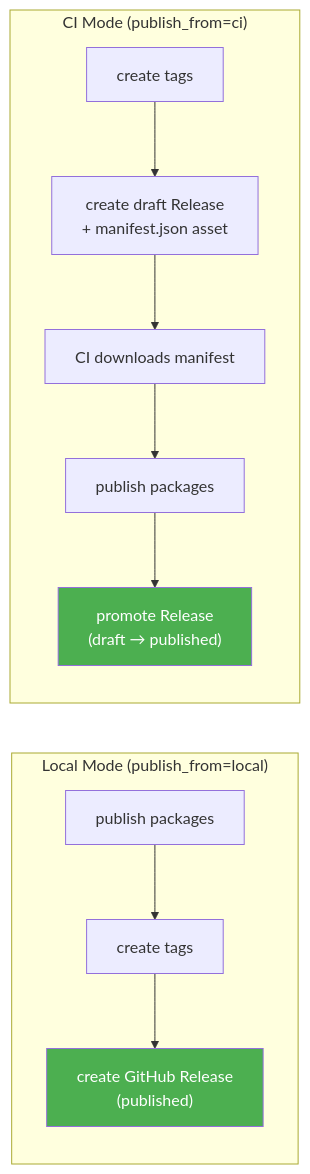
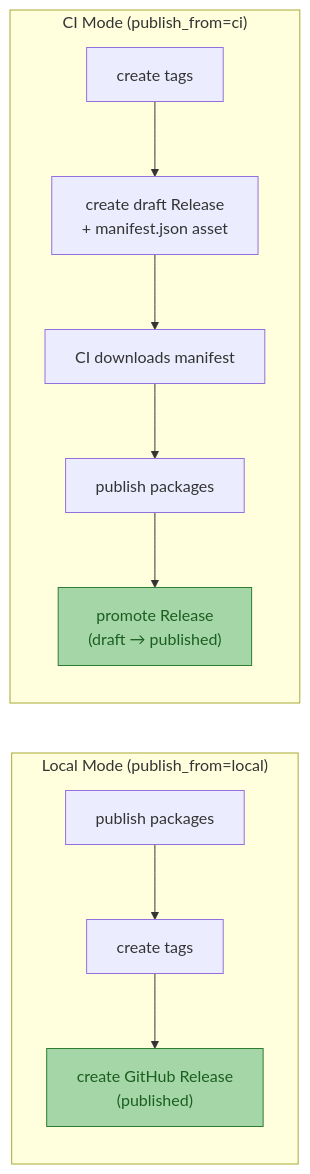
Before and after one commit to genkit-ai/genkit-python: the second of 4 diagrams in tools/releasekit/docs/docs/internals/tags.md, drawn with Mermaid. The commit also changed other lines of this file and 208 other files, not shown here.

````diff
--- a/tools/releasekit/docs/docs/internals/tags.md
+++ b/tools/releasekit/docs/docs/internals/tags.md
@@ -52,21 +52,21 @@
 ```mermaid
 graph LR
     subgraph "Local Mode (publish_from=local)"
         L1["publish packages"]
         L2["create tags"]
         L3["create GitHub Release<br/>(published)"]
         L1 --> L2 --> L3
     end
 
     subgraph "CI Mode (publish_from=ci)"
         C1["create tags"]
         C2["create draft Release<br/>+ manifest.json asset"]
         C3["CI downloads manifest"]
         C4["publish packages"]
         C5["promote Release<br/>(draft → published)"]
         C1 --> C2 --> C3 --> C4 --> C5
     end
 
-    style L3 fill:#4caf50,color:#fff
-    style C5 fill:#4caf50,color:#fff
+    style L3 fill:#a5d6a7,stroke:#2e7d32,color:#1b5e20
+    style C5 fill:#a5d6a7,stroke:#2e7d32,color:#1b5e20
 ```
````
